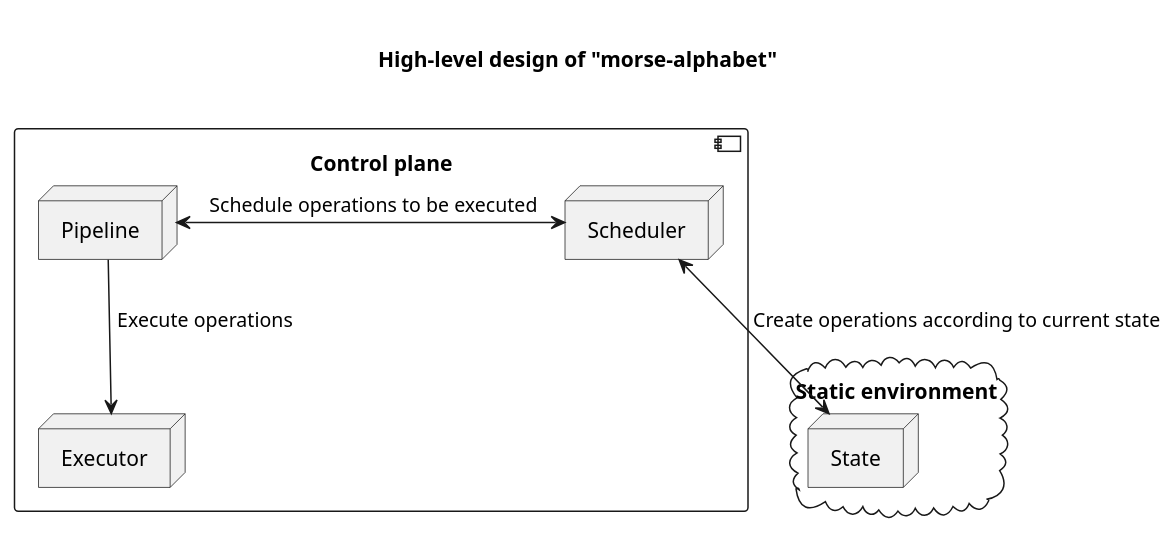
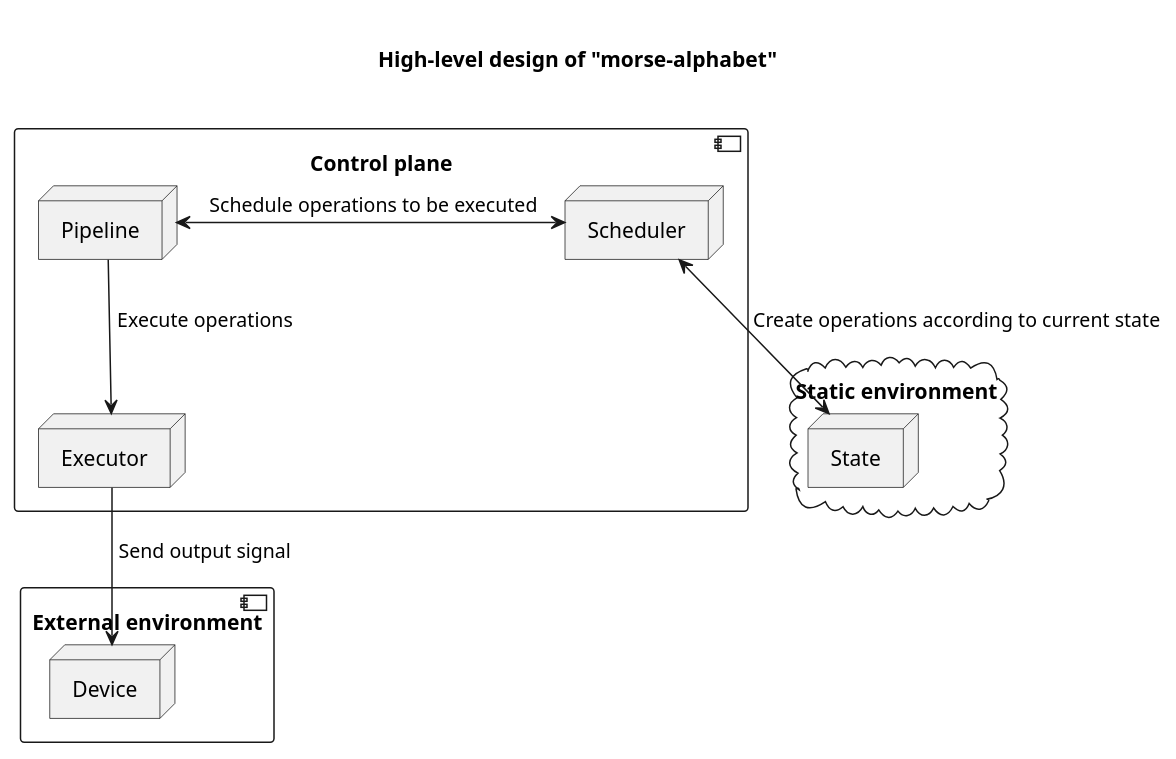
The diagram in docs/high-level-design.md (YarikRevich/morse-alphabet), drawn with PlantUML before and after one commit. The commit also changed 16 other files, not shown here.

````diff
--- a/docs/high-level-design.md
+++ b/docs/high-level-design.md
@@ -1,21 +1,26 @@
 ```plantuml
 title
 
 High-level design of "morse-alphabet"
 
 end title
 
 cloud "Static environment" {
 node "State"
 }
 
 component "Control plane" {
 node "Scheduler"
 node "Pipeline"
 node "Executor"
 }
 
+component "External environment" {
+  node "Device"
+}
+
 [Scheduler] <--> [State]: " Create operations according to current state"
 [Scheduler] <-> [Pipeline]: " Schedule operations to be executed"
 [Pipeline] --> [Executor]: " Execute operations"
+[Executor] --> [Device]: " Send output signal"
 ```
````
